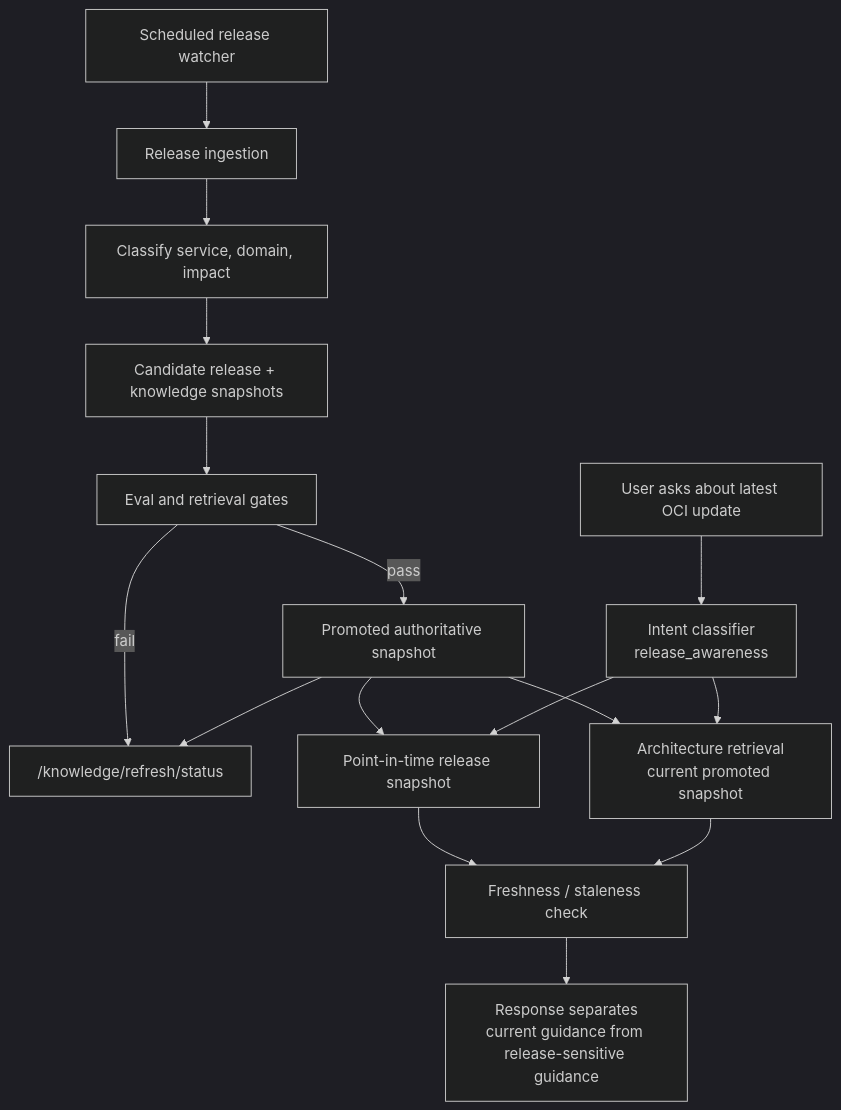
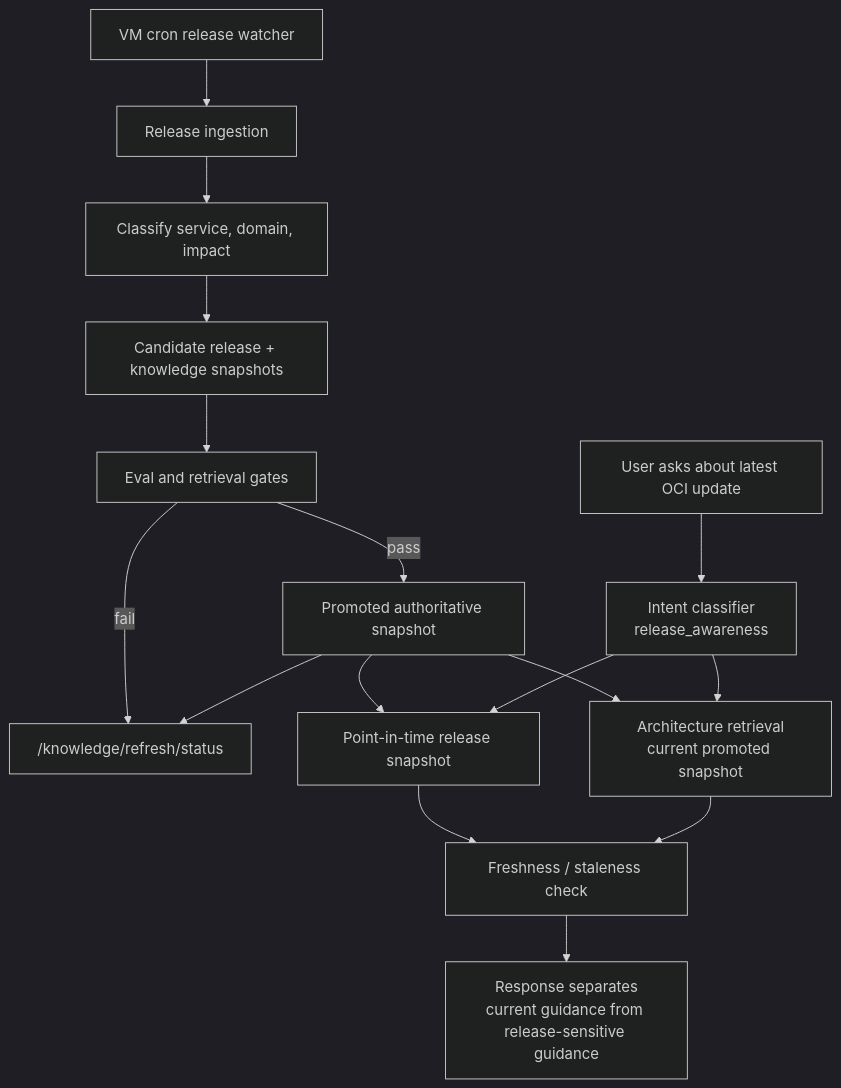
One commit to BfShaik/OCI-Architecture-Studio changed the fourth of 6 diagrams in docs/architecture-diagrams.md. Above: the diagram before and after it, drawn with Mermaid (dark theme). The commit also changed other lines of this file and 14 other files, not shown here.

````diff
--- a/docs/architecture-diagrams.md
+++ b/docs/architecture-diagrams.md
@@ -165,28 +167,28 @@
 ```mermaid
 flowchart TD
-  Scheduler["Scheduled release watcher"]
+  Scheduler["VM cron release watcher"]
   ReleaseIngest["Release ingestion"]
   Classify["Classify service, domain, impact"]
   Candidate["Candidate release + knowledge snapshots"]
   Gates["Eval and retrieval gates"]
   Promote["Promoted authoritative snapshot"]
   Status["/knowledge/refresh/status"]
   UserPrompt["User asks about latest OCI update"]
   Intent["Intent classifier\nrelease_awareness"]
   Knowledge["Architecture retrieval\ncurrent promoted snapshot"]
   ReleaseSnapshot["Point-in-time release snapshot"]
   FreshnessCheck["Freshness / staleness check"]
   Answer["Response separates\ncurrent guidance from release-sensitive guidance"]
 
   Scheduler --> ReleaseIngest --> Classify --> Candidate --> Gates
   Gates -->|pass| Promote --> Status
   Gates -->|fail| Status
   UserPrompt --> Intent
   Intent --> Knowledge
   Intent --> ReleaseSnapshot
   Promote --> Knowledge
   Promote --> ReleaseSnapshot
   Knowledge --> FreshnessCheck
   ReleaseSnapshot --> FreshnessCheck
   FreshnessCheck --> Answer
 ```
````
